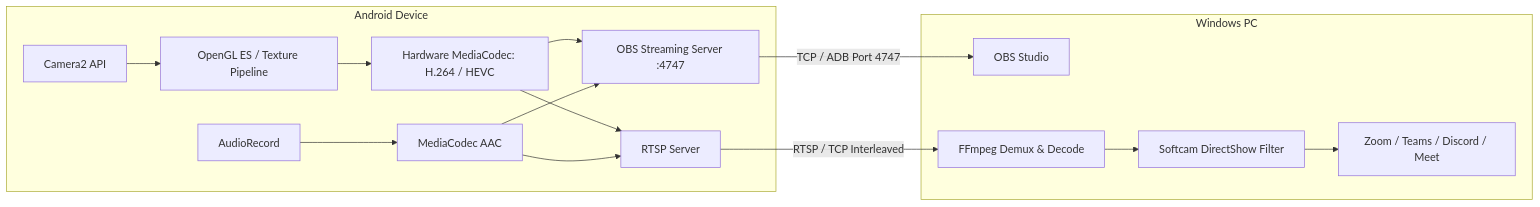
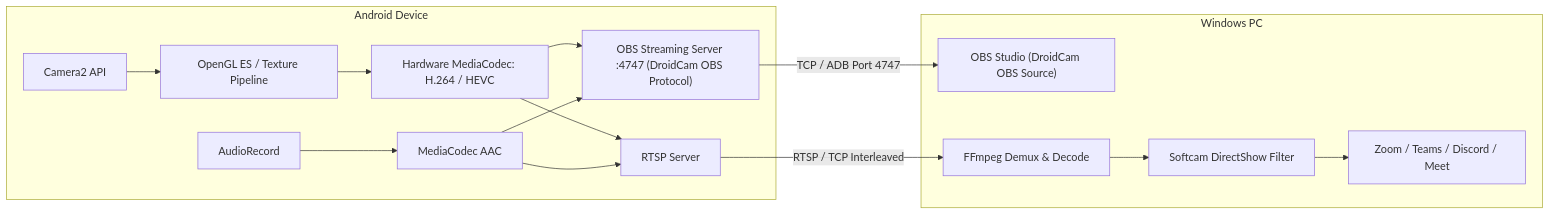
The diagram in README.md (ShadowPlague21/VCamdroid), drawn with Mermaid before and after one commit. The commit also changed other lines of this file, not shown here.

Commit message:
docs: add DroidCam OBS plugin drop-in replacement support documentation

````diff
--- a/README.md
+++ b/README.md
@@ -171,19 +172,19 @@
 ```mermaid
 flowchart LR
     subgraph Android["Android Device"]
         C2["Camera2 API"] --> GL["OpenGL ES / Texture Pipeline"]
         GL --> MC["Hardware MediaCodec: H.264 / HEVC"]
         MIC["AudioRecord"] --> AAC["MediaCodec AAC"]
-        MC --> DCS["OBS Streaming Server :4747"]
+        MC --> DCS["OBS Streaming Server :4747 (DroidCam OBS Protocol)"]
         AAC --> DCS
         MC --> RTSPS["RTSP Server"]
         AAC --> RTSPS
     end
 
     subgraph Desktop["Windows PC"]
-        DCS -- "TCP / ADB Port 4747" --> OBS["OBS Studio"]
+        DCS -- "TCP / ADB Port 4747" --> OBS["OBS Studio (DroidCam OBS Source)"]
         RTSPS -- "RTSP / TCP Interleaved" --> FF["FFmpeg Demux & Decode"]
         FF --> SC["Softcam DirectShow Filter"]
         SC --> APPS["Zoom / Teams / Discord / Meet"]
     end
 ```
````
